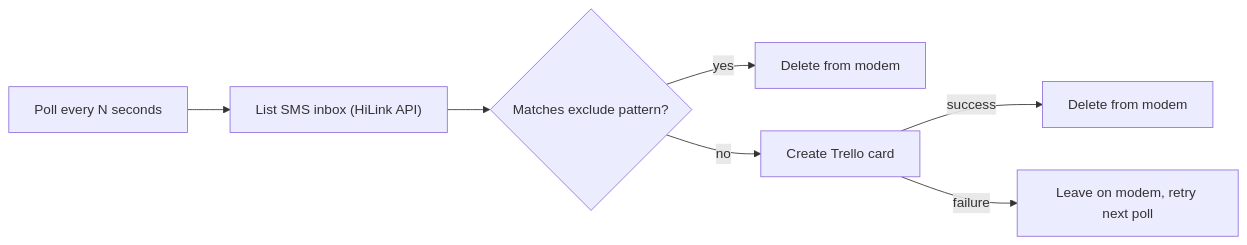
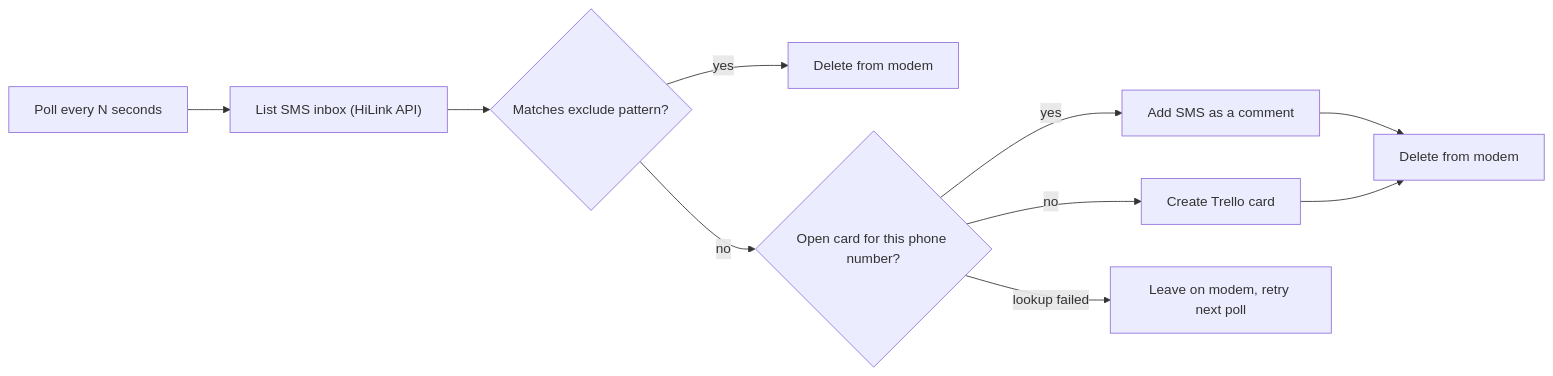
Before and after one commit to CaenFalaisePlaneurs/pi-sms: the diagram in README.md, drawn with Mermaid. The commit also changed other lines of this file and 11 other files, not shown here.

First line of the commit message:
Enhance Trello integration for SMS handling

````diff
--- a/README.md
+++ b/README.md
@@ -23,9 +23,12 @@
 ```mermaid
 flowchart LR
   sched["Poll every N seconds"] --> list["List SMS inbox (HiLink API)"]
   list --> filt{"Matches exclude pattern?"}
   filt -->|"yes"| del1["Delete from modem"]
-  filt -->|"no"| card["Create Trello card"]
-  card -->|"success"| del2["Delete from modem"]
-  card -->|"failure"| retry["Leave on modem, retry next poll"]
+  filt -->|"no"| find{"Open card for this phone number?"}
+  find -->|"yes"| comment["Add SMS as a comment"]
+  find -->|"no"| card["Create Trello card"]
+  comment --> del2["Delete from modem"]
+  card --> del2
+  find -->|"lookup failed"| retry["Leave on modem, retry next poll"]
 ```
````
